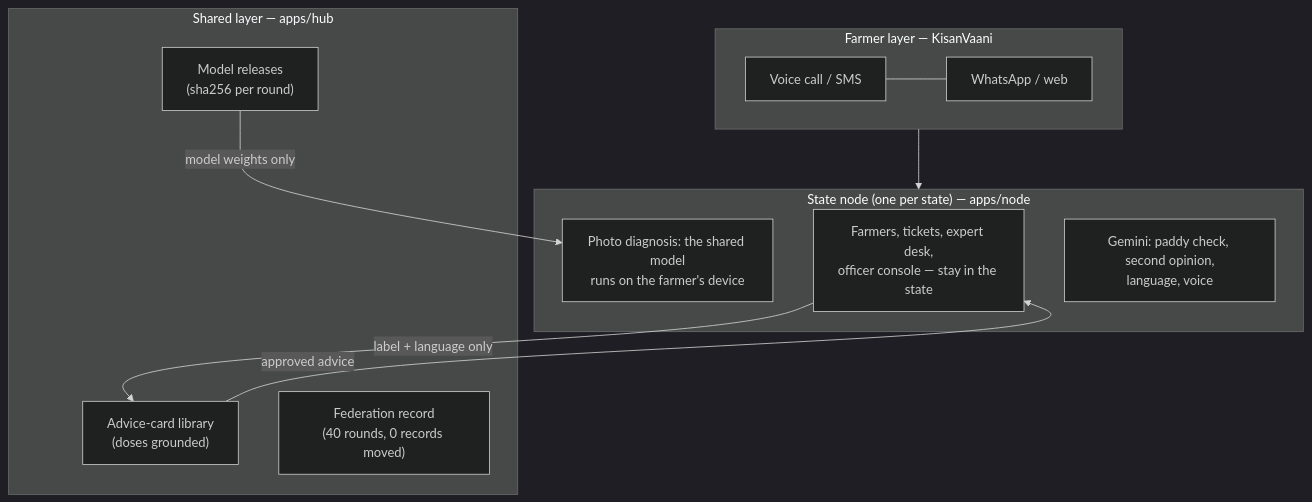
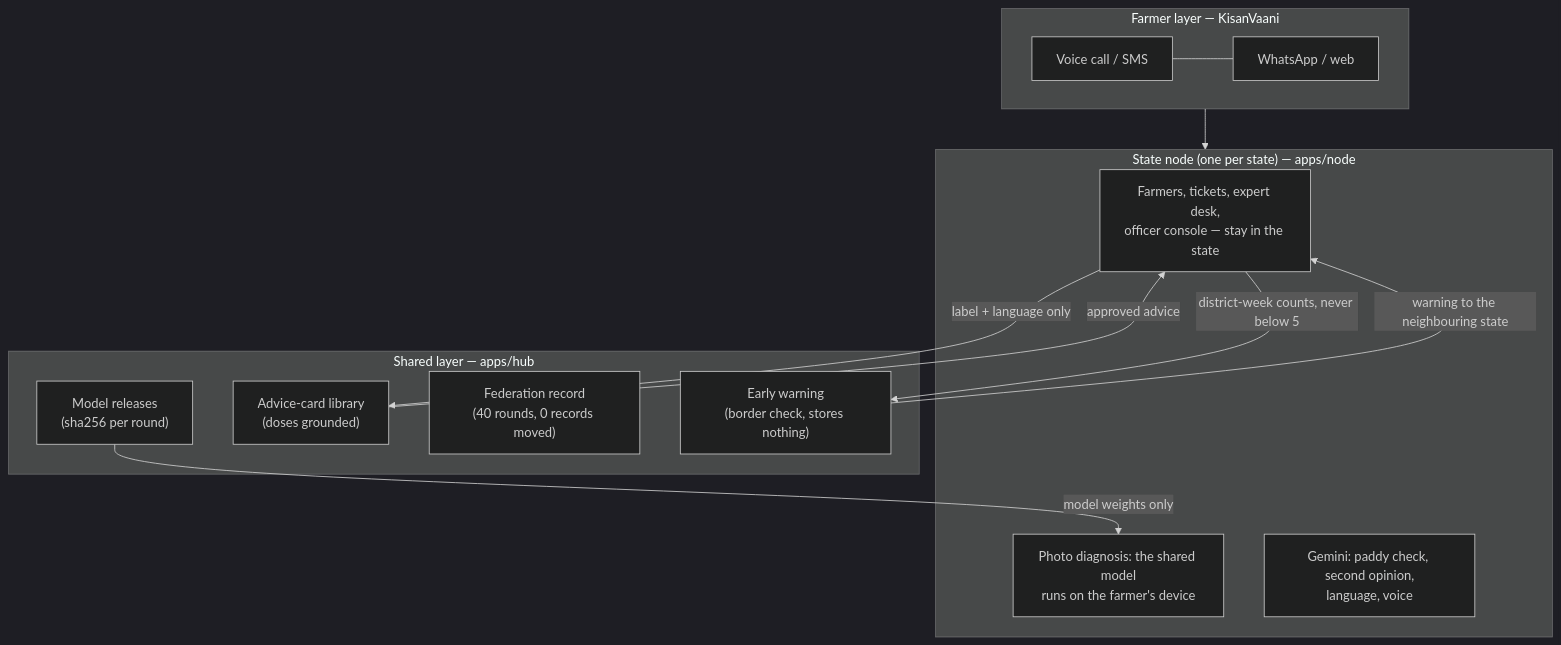
One commit to uttamchandel/saajha changed the first of 2 diagrams in README.md. Above: the diagram before and after it, drawn with Mermaid (dark theme). The commit also changed other lines of this file and 22 other files, not shown here.

````diff
--- a/README.md
+++ b/README.md
@@ -22,20 +24,23 @@
 ```mermaid
 flowchart TB
   subgraph farmers["Farmer layer — KisanVaani"]
     F1["Voice call / SMS"] --- F2["WhatsApp / web"]
   end
   subgraph node["State node (one per state) — apps/node"]
     N1["Farmers, tickets, expert desk,<br/>officer console — stay in the state"]
     N2["Photo diagnosis: the shared model<br/>runs on the farmer's device"]
     N3["Gemini: paddy check, second opinion,<br/>language, voice"]
   end
   subgraph hub["Shared layer — apps/hub"]
     H1["Model releases<br/>(sha256 per round)"]
     H2["Advice-card library<br/>(doses grounded)"]
     H3["Federation record<br/>(40 rounds, 0 records moved)"]
+    H4["Early warning<br/>(border check, stores nothing)"]
   end
   farmers --> node
   H1 -- "model weights only" --> N2
   N1 -- "label + language only" --> H2
   H2 -- "approved advice" --> N1
+  N1 -- "district-week counts, never below 5" --> H4
+  H4 -- "warning to the neighbouring state" --> N1
 ```
````
